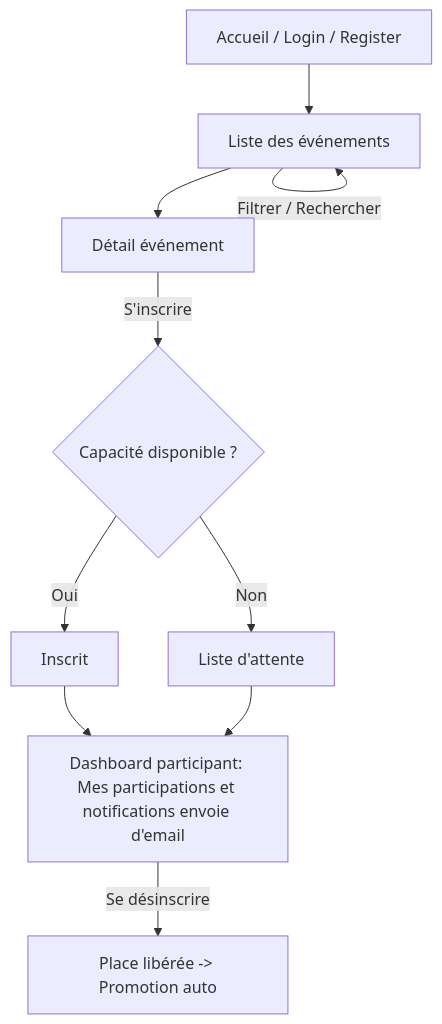
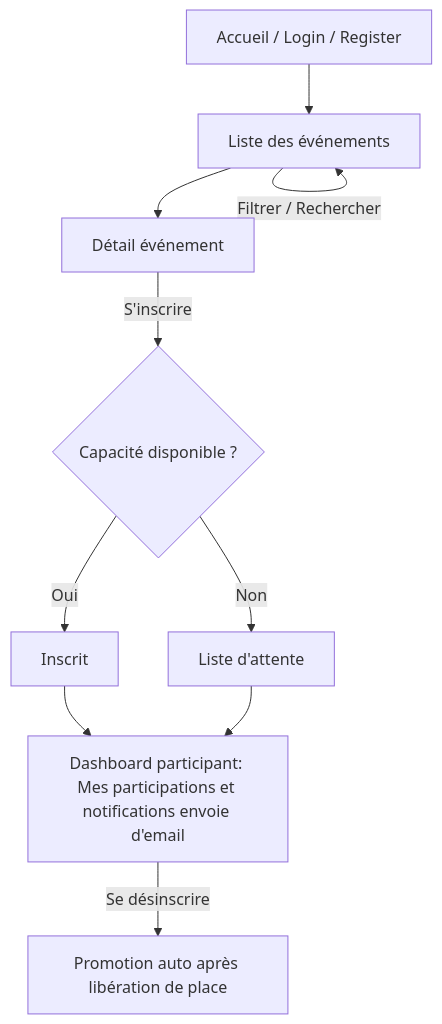
Before and after one commit to terravidhal/eventconnect: the first of 3 diagrams in README.md, drawn with Mermaid. The commit also changed other lines of this file, not shown here.

````diff
--- a/README.md
+++ b/README.md
@@ -121,12 +121,12 @@
 ```mermaid
 flowchart TD
   A[Accueil / Login / Register] --> B[Liste des événements]
   B -->|Filtrer / Rechercher| B
   B --> C[Détail événement]
   C -->|S'inscrire| D{Capacité disponible ?}
   D -->|Oui| E[Inscrit]
   D -->|Non| F[Liste d'attente]
   E --> G[Dashboard participant: Mes participations et notifications envoie d'email]
   F --> G
-  G -->|Se désinscrire| H[Place libérée -> Promotion auto]
+  G -->|Se désinscrire| H[Promotion auto après libération de place]
 ```
````
